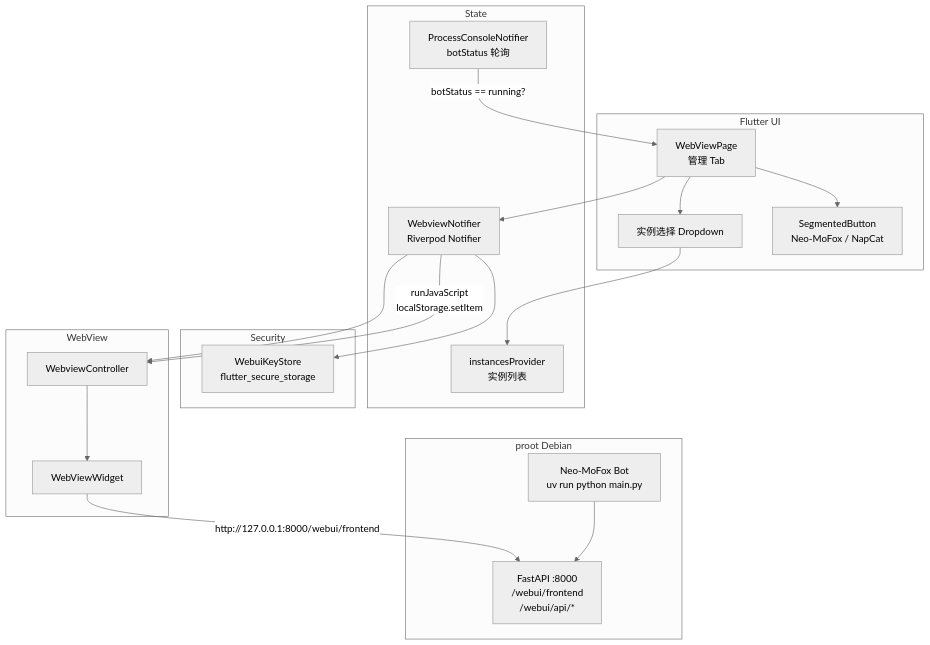
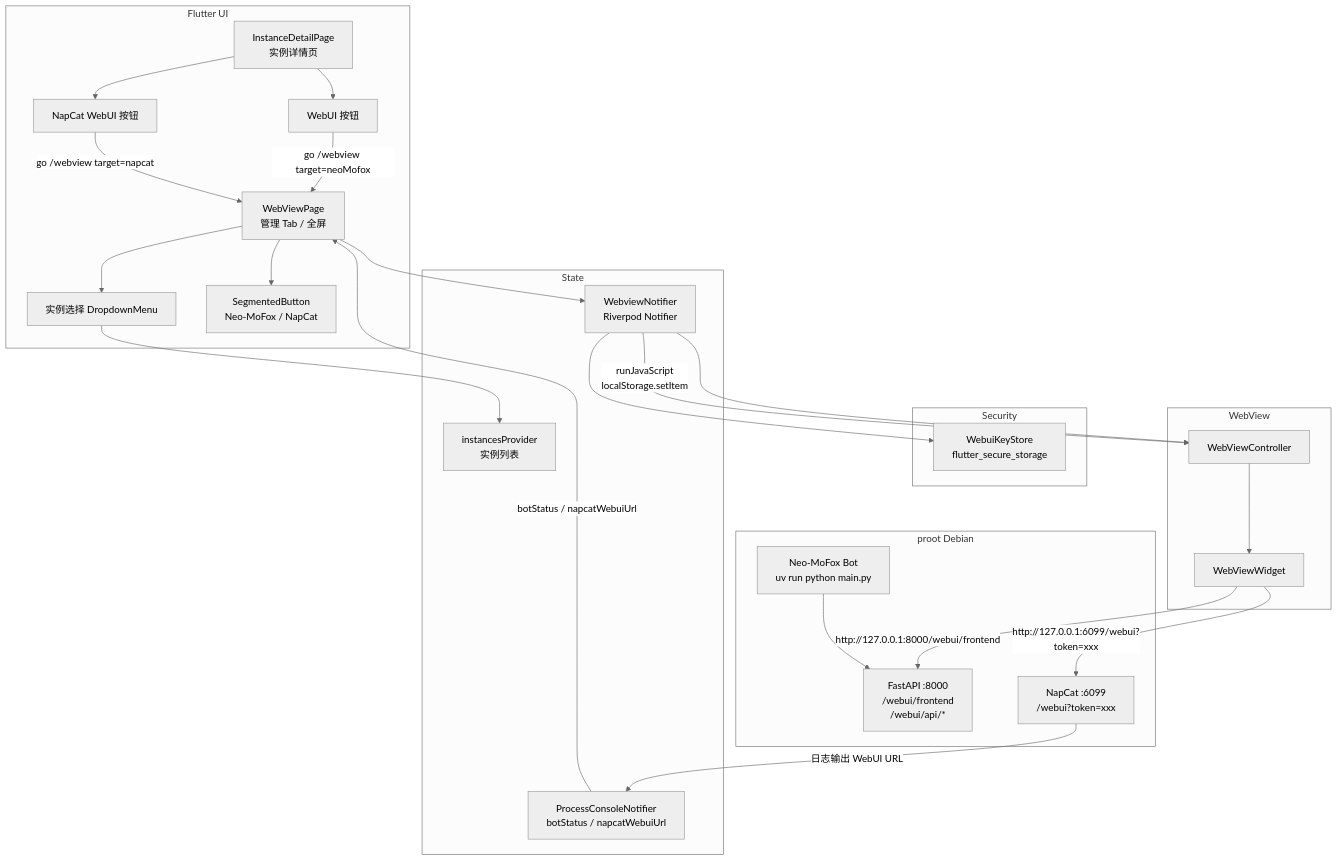
The first of 3 diagrams in docs/webview-architecture.md (ikun-1145141/MoFox-Android), drawn with Mermaid (neutral theme) before and after one commit. The commit also changed other lines of this file and 4 other files, not shown here.

````diff
--- a/docs/webview-architecture.md
+++ b/docs/webview-architecture.md
@@ -454,40 +496,50 @@
 ```mermaid
 graph TB
     subgraph Flutter UI
-        VP[WebViewPage<br/>管理 Tab]
-        IS[实例选择 Dropdown]
+        IDP[InstanceDetailPage<br/>实例详情页]
+        WB1[WebUI 按钮]
+        WB2[NapCat WebUI 按钮]
+        VP[WebViewPage<br/>管理 Tab / 全屏]
+        IS[实例选择 DropdownMenu]
         SB[SegmentedButton<br/>Neo-MoFox / NapCat]
     end
 
     subgraph State
         WN[WebviewNotifier<br/>Riverpod Notifier]
-        PCP[ProcessConsoleNotifier<br/>botStatus 轮询]
+        PCP[ProcessConsoleNotifier<br/>botStatus / napcatWebuiUrl]
         IP[instancesProvider<br/>实例列表]
     end
 
     subgraph Security
         WKS[WebuiKeyStore<br/>flutter_secure_storage]
     end
 
     subgraph WebView
-        WC[WebviewController]
+        WC[WebViewController]
         WV[WebViewWidget]
     end
 
     subgraph proot Debian
         BOT[Neo-MoFox Bot<br/>uv run python main.py]
         FASTAPI[FastAPI :8000<br/>/webui/frontend<br/>/webui/api/*]
+        NAPCAT[NapCat :6099<br/>/webui?token=xxx]
     end
 
+    IDP --> WB1
+    IDP --> WB2
+    WB1 -- "go /webview target=neoMofox" --> VP
+    WB2 -- "go /webview target=napcat" --> VP
     VP --> IS
     IS --> IP
     VP --> SB
     VP --> WN
     WN --> WC
     WN --> WKS
     WC --> WV
     WV -- "http://127.0.0.1:8000/webui/frontend" --> FASTAPI
+    WV -- "http://127.0.0.1:6099/webui?token=xxx" --> NAPCAT
     WN -- "runJavaScript<br/>localStorage.setItem" --> WC
-    PCP -- "botStatus == running?" --> VP
+    PCP -- "botStatus / napcatWebuiUrl" --> VP
     BOT --> FASTAPI
+    NAPCAT -- "日志输出 WebUI URL" --> PCP
 ```
````
